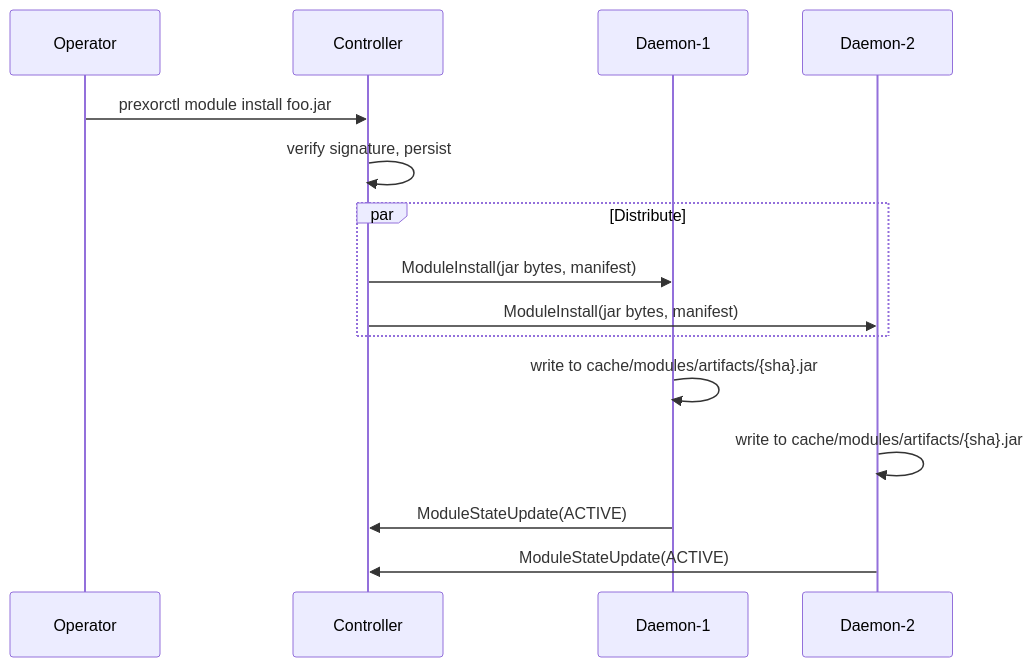
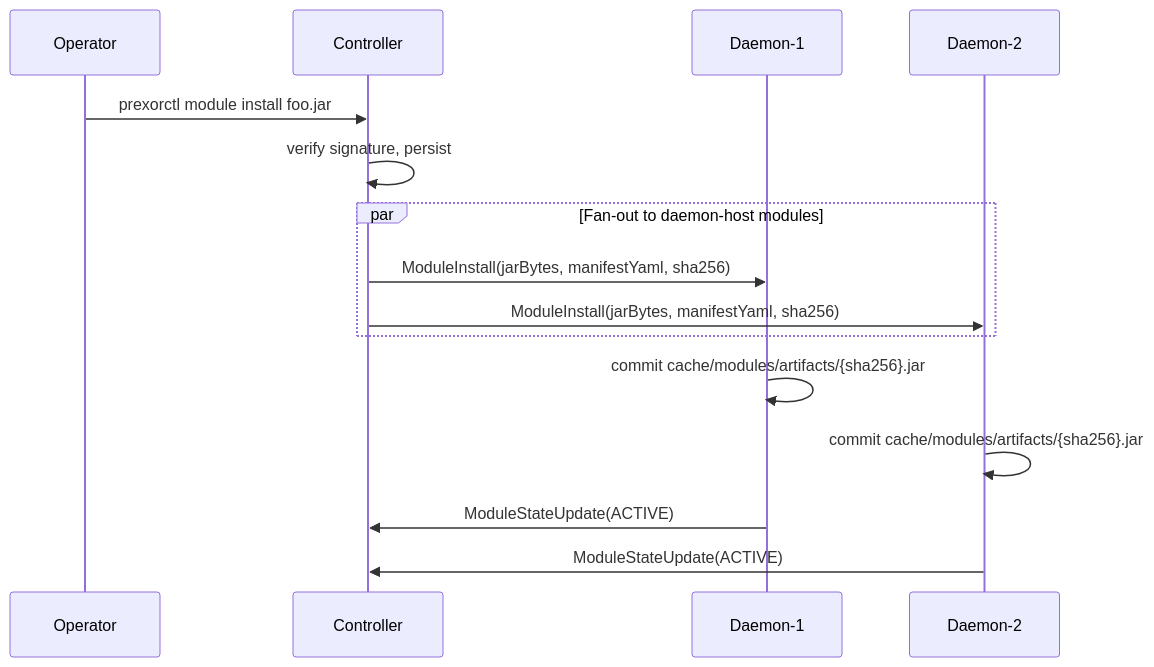
Before and after one commit to PrexorJustin/prexorcloud: the diagram in docs/public/en/concepts/modules/daemon.md, drawn with Mermaid. The commit also changed other lines of this file and 20 other files, not shown here.

````diff
--- a/docs/public/en/concepts/modules/daemon.md
+++ b/docs/public/en/concepts/modules/daemon.md
@@ -40,18 +66,18 @@
 ```mermaid
 sequenceDiagram
   participant Op as Operator
   participant Ctrl as Controller
   participant D1 as Daemon-1
   participant D2 as Daemon-2
 
   Op->>Ctrl: prexorctl module install foo.jar
   Ctrl->>Ctrl: verify signature, persist
-  par Distribute
-    Ctrl->>D1: ModuleInstall(jar bytes, manifest)
-    Ctrl->>D2: ModuleInstall(jar bytes, manifest)
+  par Fan-out to daemon-host modules
+    Ctrl->>D1: ModuleInstall(jarBytes, manifestYaml, sha256)
+    Ctrl->>D2: ModuleInstall(jarBytes, manifestYaml, sha256)
   end
-  D1->>D1: write to cache/modules/artifacts/{sha}.jar
-  D2->>D2: write to cache/modules/artifacts/{sha}.jar
+  D1->>D1: commit cache/modules/artifacts/{sha256}.jar
+  D2->>D2: commit cache/modules/artifacts/{sha256}.jar
   D1->>Ctrl: ModuleStateUpdate(ACTIVE)
   D2->>Ctrl: ModuleStateUpdate(ACTIVE)
 ```
````
